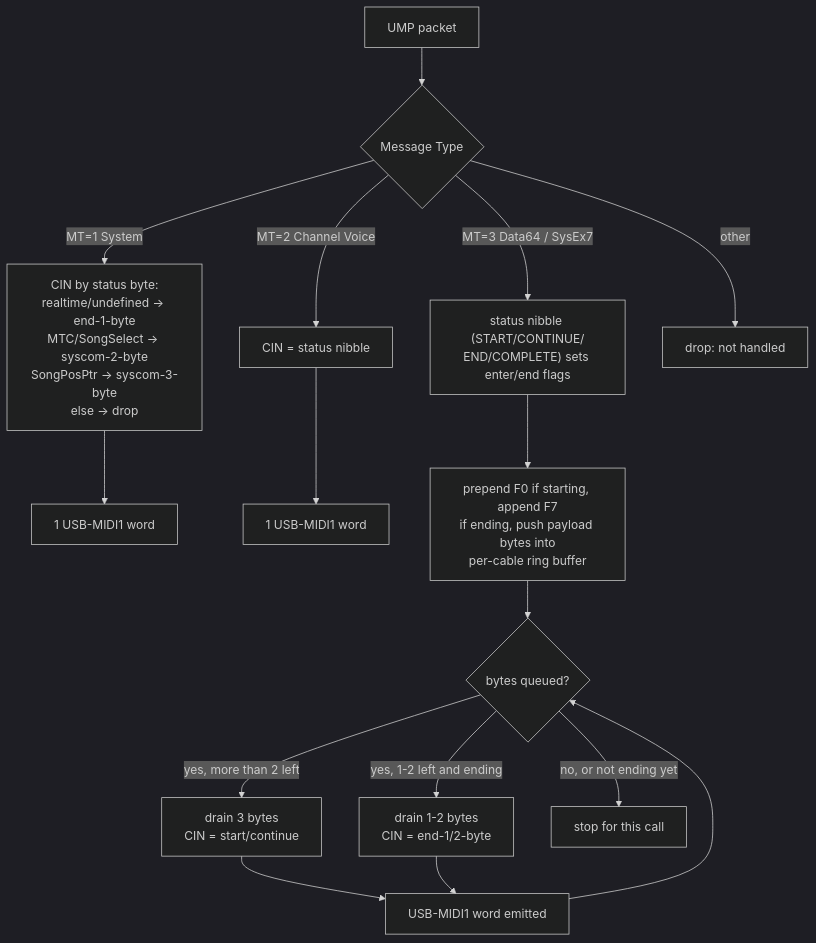
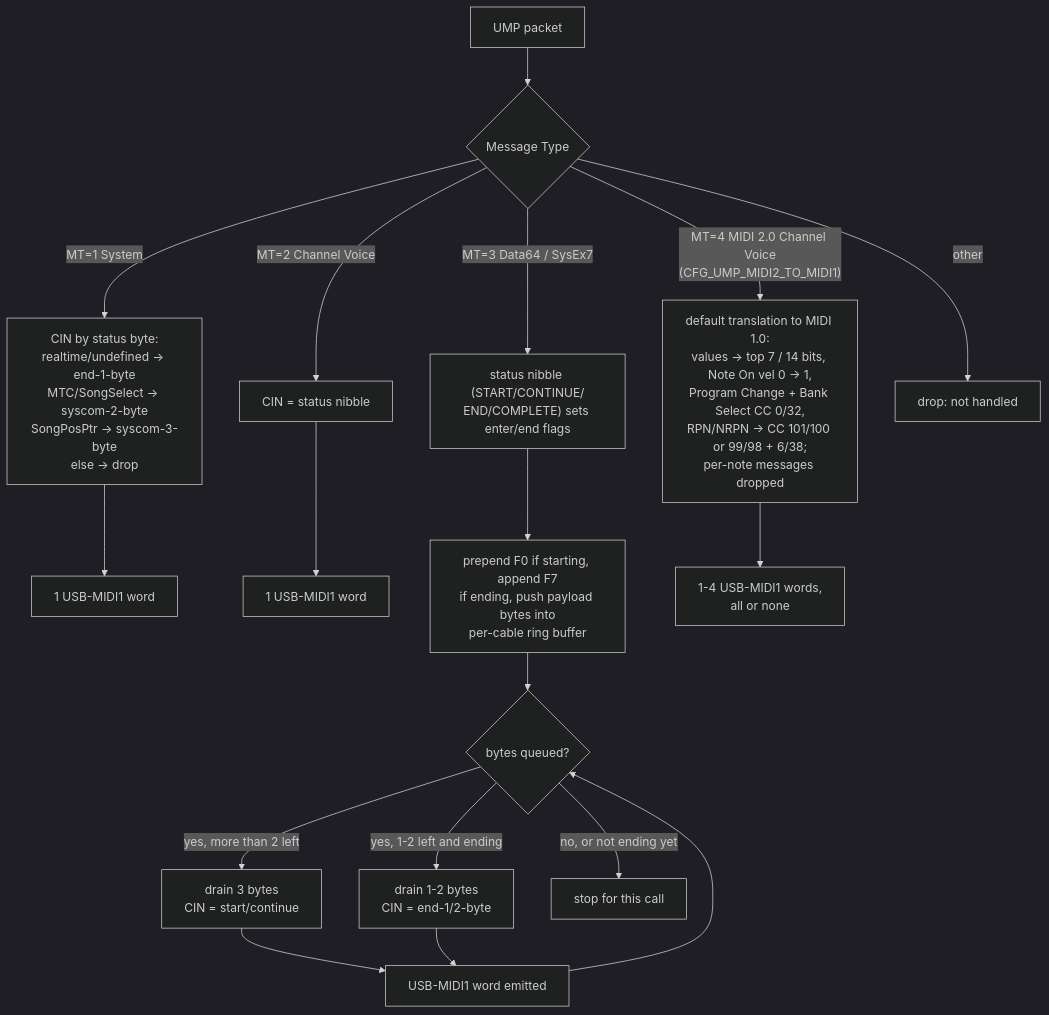
The second of 2 diagrams in README.md (midi2-dev/tusb_ump), drawn with Mermaid (dark theme) before and after one commit. The commit also changed other lines of this file and 6 other files, not shown here.

````diff
--- a/README.md
+++ b/README.md
@@ -180,18 +181,20 @@
 ```mermaid
 flowchart TD
     A[UMP packet] --> B{Message Type}
     B -->|"MT=1 System"| C["CIN by status byte:<br/>realtime/undefined -> end-1-byte<br/>MTC/SongSelect -> syscom-2-byte<br/>SongPosPtr -> syscom-3-byte<br/>else -> drop"]
     C --> D[1 USB-MIDI1 word]
     B -->|"MT=2 Channel Voice"| E["CIN = status nibble"]
     E --> F[1 USB-MIDI1 word]
     B -->|"MT=3 Data64 / SysEx7"| G["status nibble (START/CONTINUE/<br/>END/COMPLETE) sets enter/end flags"]
     G --> H["prepend F0 if starting, append F7<br/>if ending, push payload bytes into<br/>per-cable ring buffer"]
     H --> I{bytes queued?}
     I -->|"yes, more than 2 left"| J["drain 3 bytes<br/>CIN = start/continue"]
     I -->|"yes, 1-2 left and ending"| K["drain 1-2 bytes<br/>CIN = end-1/2-byte"]
     I -->|"no, or not ending yet"| L[stop for this call]
     J --> M[USB-MIDI1 word emitted]
     K --> M
     M --> I
+    B -->|"MT=4 MIDI 2.0 Channel Voice<br/>(CFG_UMP_MIDI2_TO_MIDI1)"| P["default translation to MIDI 1.0:<br/>values -> top 7 / 14 bits, Note On vel 0 -> 1,<br/>Program Change + Bank Select CC 0/32,<br/>RPN/NRPN -> CC 101/100 or 99/98 + 6/38;<br/>per-note messages dropped"]
+    P --> Q["1-4 USB-MIDI1 words,<br/>all or none"]
     B -->|other| N[drop: not handled]
 ```
````
